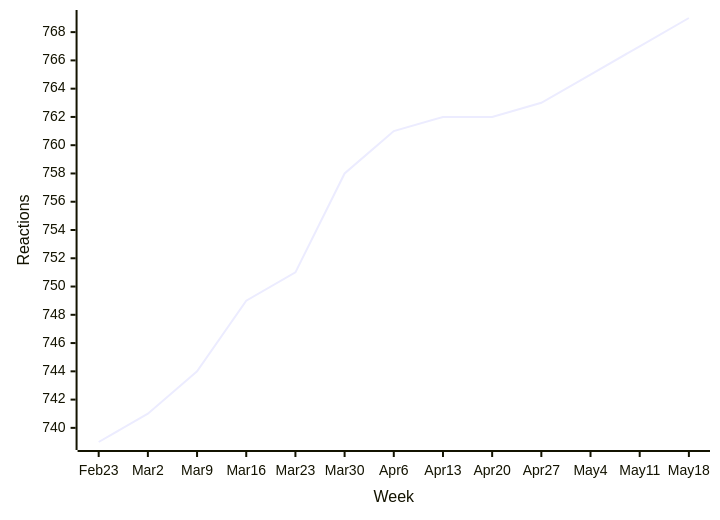
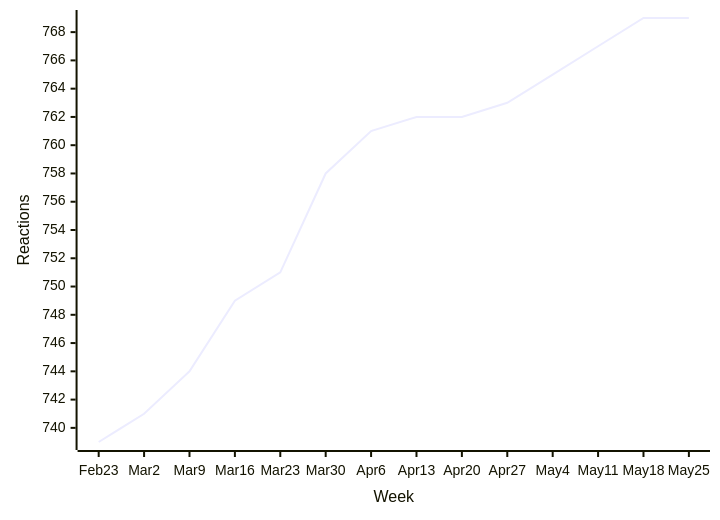
The third of 49 diagrams in README.md (loic-sharma/github-insights), drawn with Mermaid before and after one commit. The commit also changed other lines of this file and 3 other files, not shown here.

````diff
--- a/README.md
+++ b/README.md
@@ -373,6 +373,6 @@
   ```mermaid
   xychart-beta
-    x-axis "Week" [Feb 23, Mar 2, Mar 9, Mar 16, Mar 23, Mar 30, Apr 6, Apr 13, Apr 20, Apr 27, May 4, May 11, May 18]
+    x-axis "Week" [Feb 23, Mar 2, Mar 9, Mar 16, Mar 23, Mar 30, Apr 6, Apr 13, Apr 20, Apr 27, May 4, May 11, May 18, May 25]
     y-axis "Reactions"
-    line [739, 741, 744, 749, 751, 758, 761, 762, 762, 763, 765, 767, 769]
+    line [739, 741, 744, 749, 751, 758, 761, 762, 762, 763, 765, 767, 769, 769]
   ```
````
